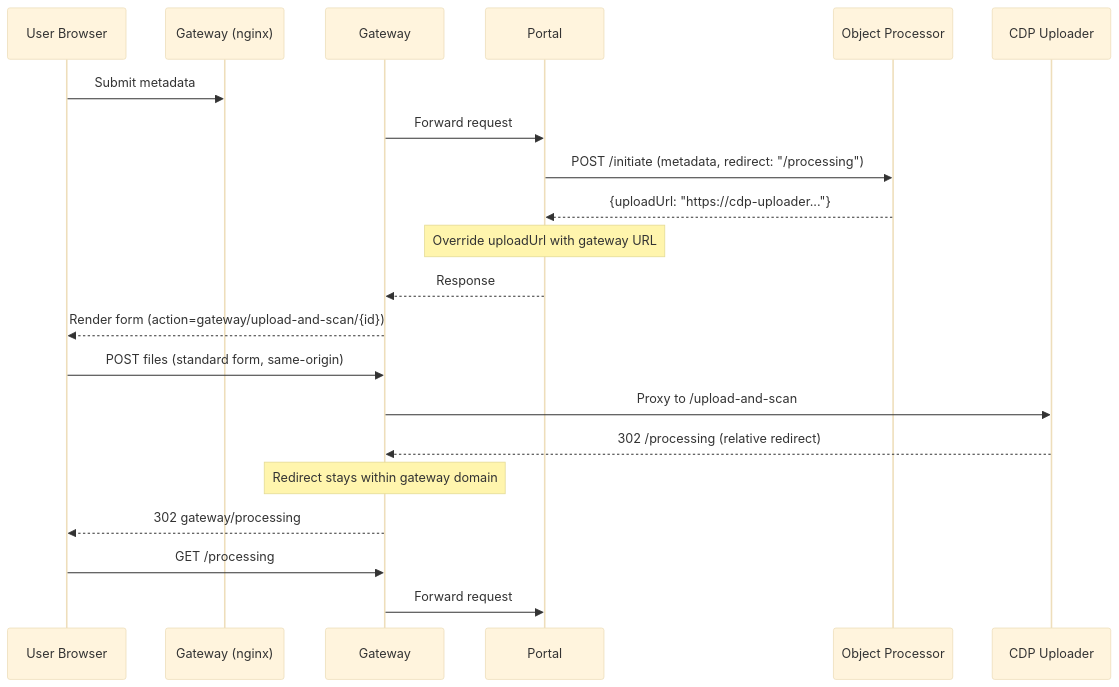
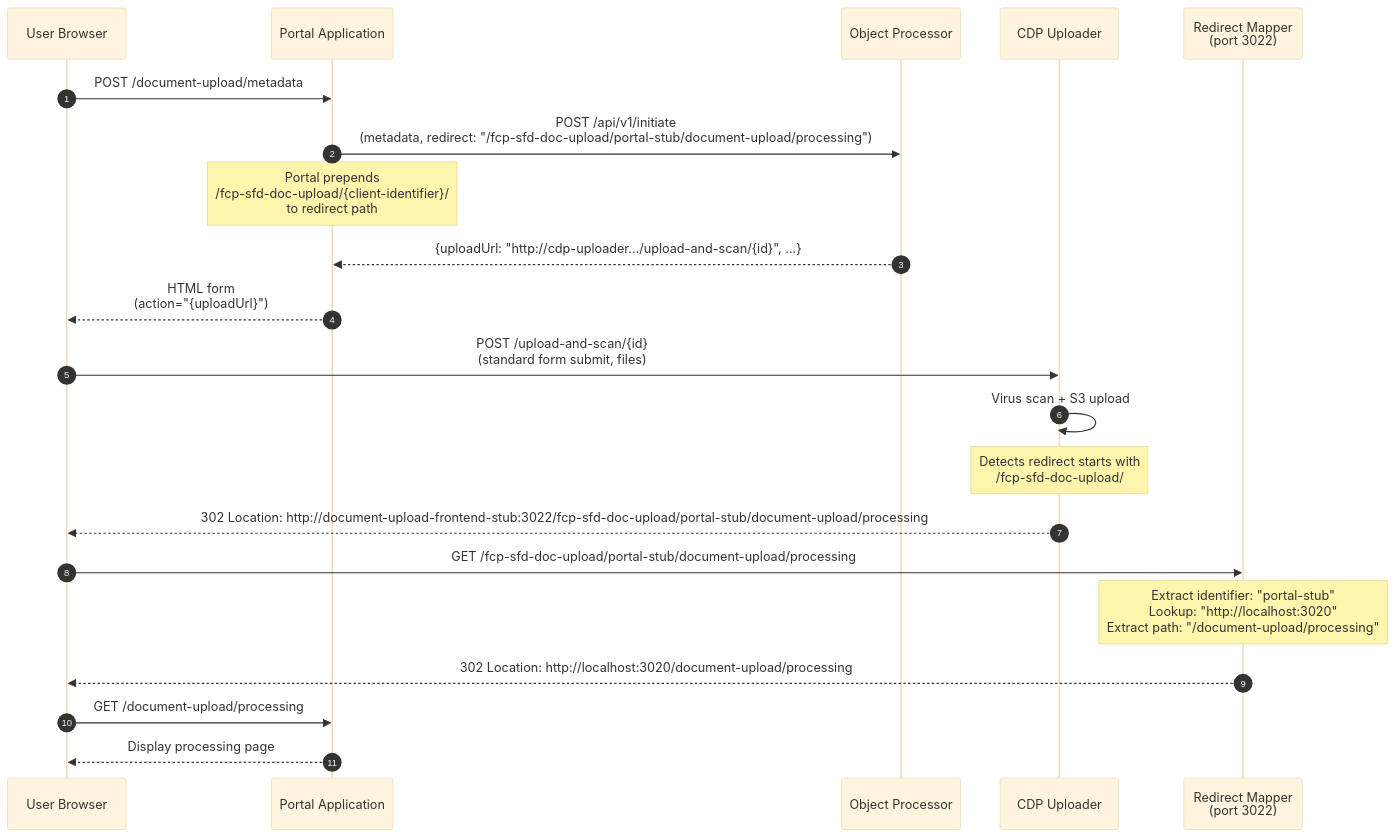
Before and after one commit to DEFRA/fcp-sfd-portal-stub: the second of 3 diagrams in README.md, drawn with Mermaid (base theme). The commit also changed other lines of this file and 16 other files, not shown here.

Commit message:
Add Frontend redirect

````diff
--- a/README.md
+++ b/README.md
@@ -224,17 +295,27 @@
 ```mermaid
 sequenceDiagram
-    User Browser->>Gateway (nginx): Submit metadata
-    Gateway->>Portal: Forward request
-    Portal->>Object Processor: POST /initiate (metadata, redirect: "/processing")
-    Object Processor-->>Portal: {uploadUrl: "https://cdp-uploader..."}
-    Note over Portal: Override uploadUrl with gateway URL
-    Portal-->>Gateway: Response
-    Gateway-->>User Browser: Render form (action=gateway/upload-and-scan/{id})
-    User Browser->>Gateway: POST files (standard form, same-origin)
-    Gateway->>CDP Uploader: Proxy to /upload-and-scan
-    CDP Uploader-->>Gateway: 302 /processing (relative redirect)
-    Note over Gateway: Redirect stays within gateway domain
-    Gateway-->>User Browser: 302 gateway/processing
-    User Browser->>Gateway: GET /processing
-    Gateway->>Portal: Forward request
+    autonumber
+    participant Browser as User Browser
+    participant Portal as Portal Application
+    participant Processor as Object Processor
+    participant Uploader as CDP Uploader
+    participant Mapper as Redirect Mapper<br/>(port 3022)
+
+    Browser->>Portal: POST /document-upload/metadata
+    Portal->>Processor: POST /api/v1/initiate<br/>(metadata, redirect: "/fcp-sfd-doc-upload/portal-stub/document-upload/processing")
+    Note over Portal: Portal prepends<br/>/fcp-sfd-doc-upload/{client-identifier}/<br/>to redirect path
+    Processor-->>Portal: {uploadUrl: "http://cdp-uploader.../upload-and-scan/{id}", ...}
+    Portal-->>Browser: HTML form<br/>(action="{uploadUrl}")
+    
+    Browser->>Uploader: POST /upload-and-scan/{id}<br/>(standard form submit, files)
+    Uploader->>Uploader: Virus scan + S3 upload
+    Note over Uploader: Detects redirect starts with<br/>/fcp-sfd-doc-upload/
+    Uploader-->>Browser: 302 Location: http://document-upload-frontend-stub:3022/fcp-sfd-doc-upload/portal-stub/document-upload/processing
+    
+    Browser->>Mapper: GET /fcp-sfd-doc-upload/portal-stub/document-upload/processing
+    Note over Mapper: Extract identifier: "portal-stub"<br/>Lookup: "http://localhost:3020"<br/>Extract path: "/document-upload/processing"
+    Mapper-->>Browser: 302 Location: http://localhost:3020/document-upload/processing
+    
+    Browser->>Portal: GET /document-upload/processing
+    Portal-->>Browser: Display processing page
 ```
````
